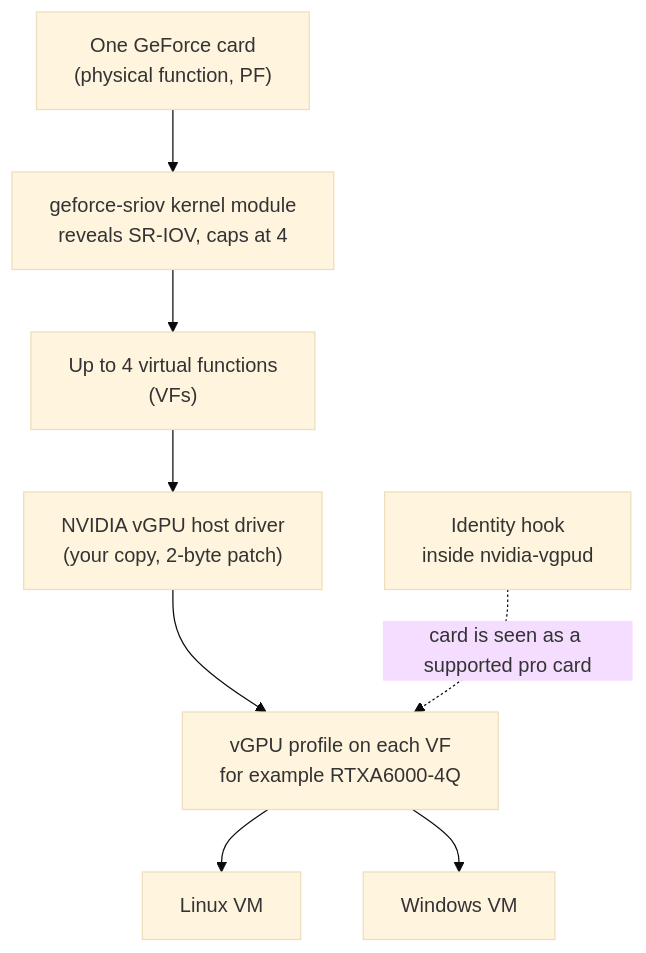
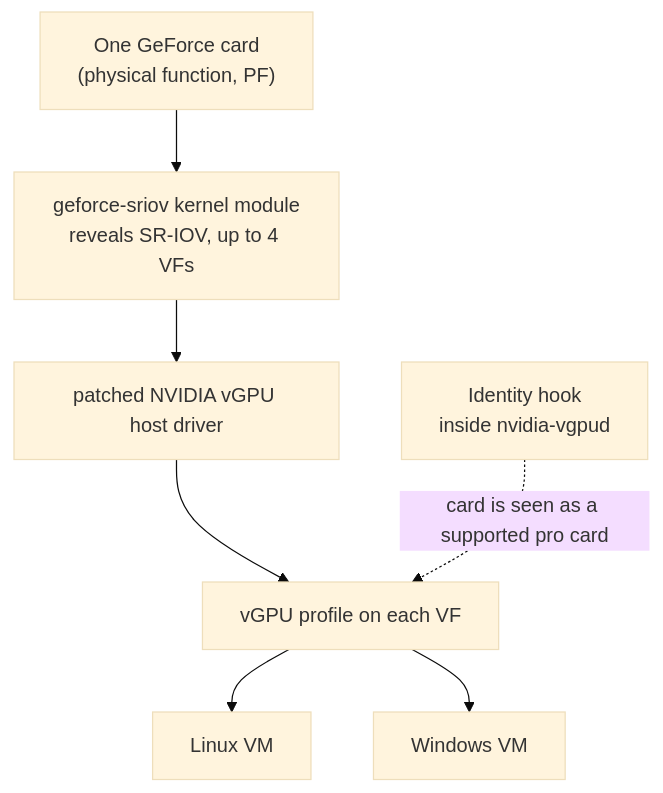
One commit to forkProj/noon-at-cgn_geforce-sriov changed the second of 3 diagrams in README.md. Above: the diagram before and after it, drawn with Mermaid (base theme). The commit also changed other lines of this file and 56 other files, not shown here.

First line of the commit message:
geforce-sriov 0.2.0

````diff
--- a/README.md
+++ b/README.md
@@ -134,15 +130,14 @@
 ```mermaid
 flowchart TD
     GPU["One GeForce card<br/>(physical function, PF)"]
-    MOD["geforce-sriov kernel module<br/>reveals SR-IOV, caps at 4"]
-    VFS["Up to 4 virtual functions<br/>(VFs)"]
-    DRV["NVIDIA vGPU host driver<br/>(your copy, 2-byte patch)"]
+    MOD["geforce-sriov kernel module<br/>reveals SR-IOV, up to 4 VFs"]
+    DRV["patched NVIDIA vGPU host driver"]
     HOOK["Identity hook<br/>inside nvidia-vgpud"]
-    TYPES["vGPU profile on each VF<br/>for example RTXA6000-4Q"]
+    TYPES["vGPU profile on each VF"]
     LVM["Linux VM"]
     WVM["Windows VM"]
-    GPU --> MOD --> VFS --> DRV --> TYPES
+    GPU --> MOD --> DRV --> TYPES
     HOOK -.->|"card is seen as a supported pro card"| TYPES
     TYPES --> LVM
     TYPES --> WVM
 ```
````
